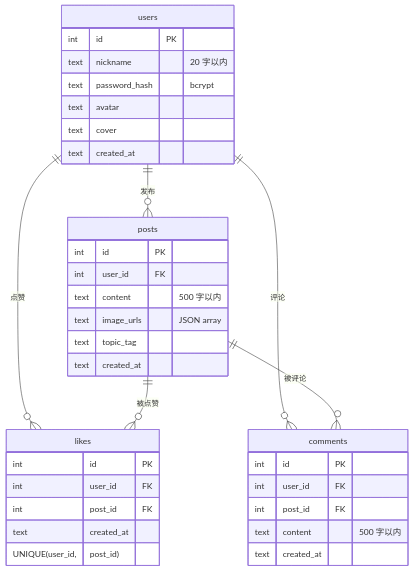
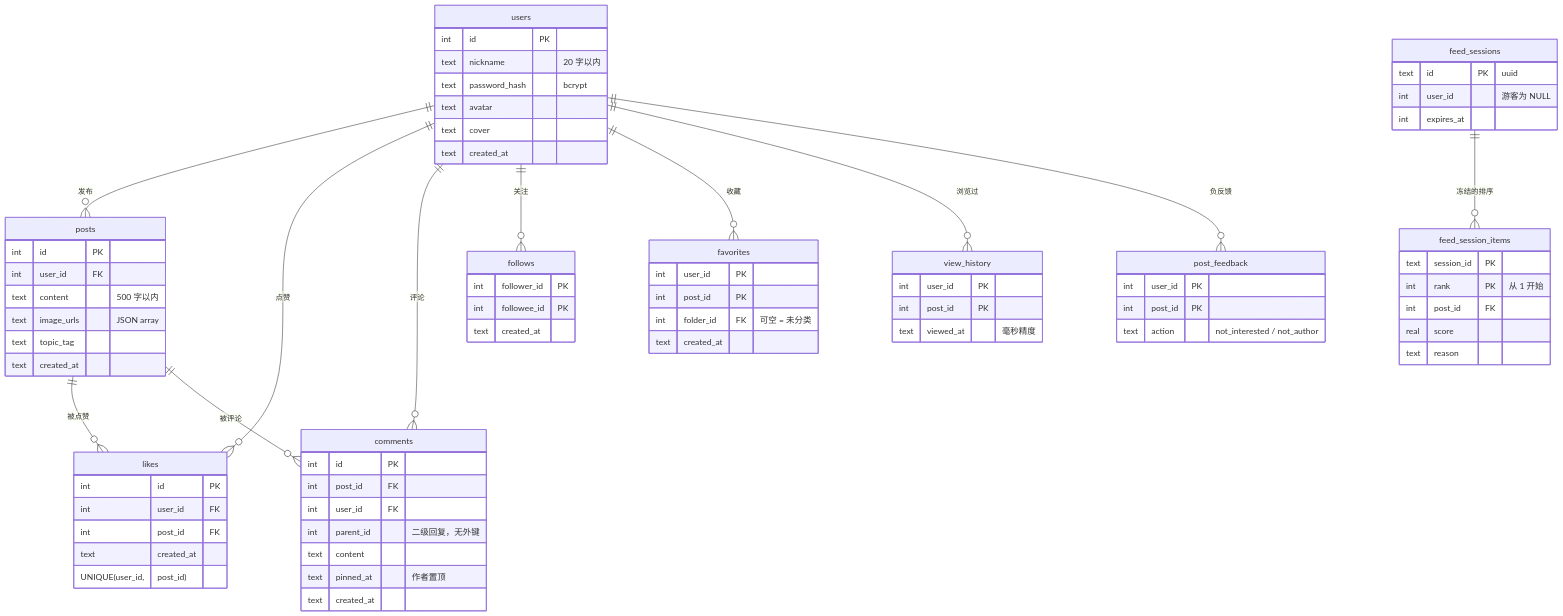
Before and after one commit to Liao-wenxuan/content-sharing-platform: the first of 2 diagrams in docs/architecture.md, drawn with Mermaid. The commit also changed other lines of this file, not shown here.

Commit message:
docs: refresh the architecture notes that had drifted

````diff
--- a/docs/architecture.md
+++ b/docs/architecture.md
@@ -20,38 +26,79 @@
 ```mermaid
 erDiagram
     users {
         int id PK
         text nickname "20 字以内"
         text password_hash "bcrypt"
         text avatar
         text cover
         text created_at
     }
     posts {
         int id PK
         int user_id FK
         text content "500 字以内"
         text image_urls "JSON array"
         text topic_tag
         text created_at
     }
     likes {
         int id PK
         int user_id FK
         int post_id FK
         text created_at
         UNIQUE(user_id, post_id)
     }
     comments {
         int id PK
+        int post_id FK
         int user_id FK
-        int post_id FK
-        text content "500 字以内"
+        int parent_id "二级回复，无外键"
+        text content
+        text pinned_at "作者置顶"
         text created_at
     }
+    follows {
+        int follower_id PK
+        int followee_id PK
+        text created_at
+    }
+    favorites {
+        int user_id PK
+        int post_id PK
+        int folder_id FK "可空 = 未分类"
+        text created_at
+    }
+    post_feedback {
+        int user_id PK
+        int post_id PK
+        text action "not_interested / not_author"
+    }
+    feed_sessions {
+        text id PK "uuid"
+        int user_id "游客为 NULL"
+        int expires_at
+    }
+    feed_session_items {
+        text session_id PK
+        int rank PK "从 1 开始"
+        int post_id FK
+        real score
+        text reason
+    }
+    view_history {
+        int user_id PK
+        int post_id PK
+        text viewed_at "毫秒精度"
+    }
+
     users ||--o{ posts : "发布"
     users ||--o{ likes : "点赞"
     users ||--o{ comments : "评论"
     posts ||--o{ likes : "被点赞"
     posts ||--o{ comments : "被评论"
+    users ||--o{ follows : "关注"
+    users ||--o{ favorites : "收藏"
+    users ||--o{ view_history : "浏览过"
+    users ||--o{ post_feedback : "负反馈"
+    feed_sessions ||--o{ feed_session_items : "冻结的排序"
 ```
````
